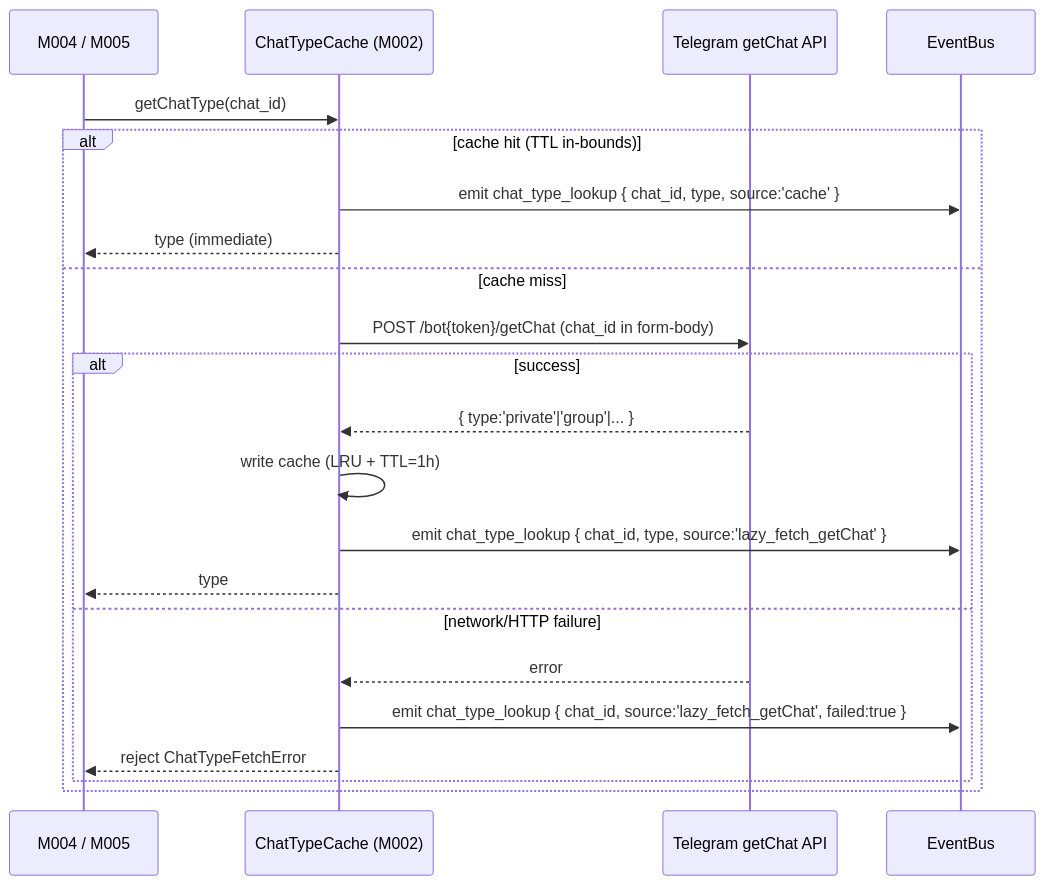
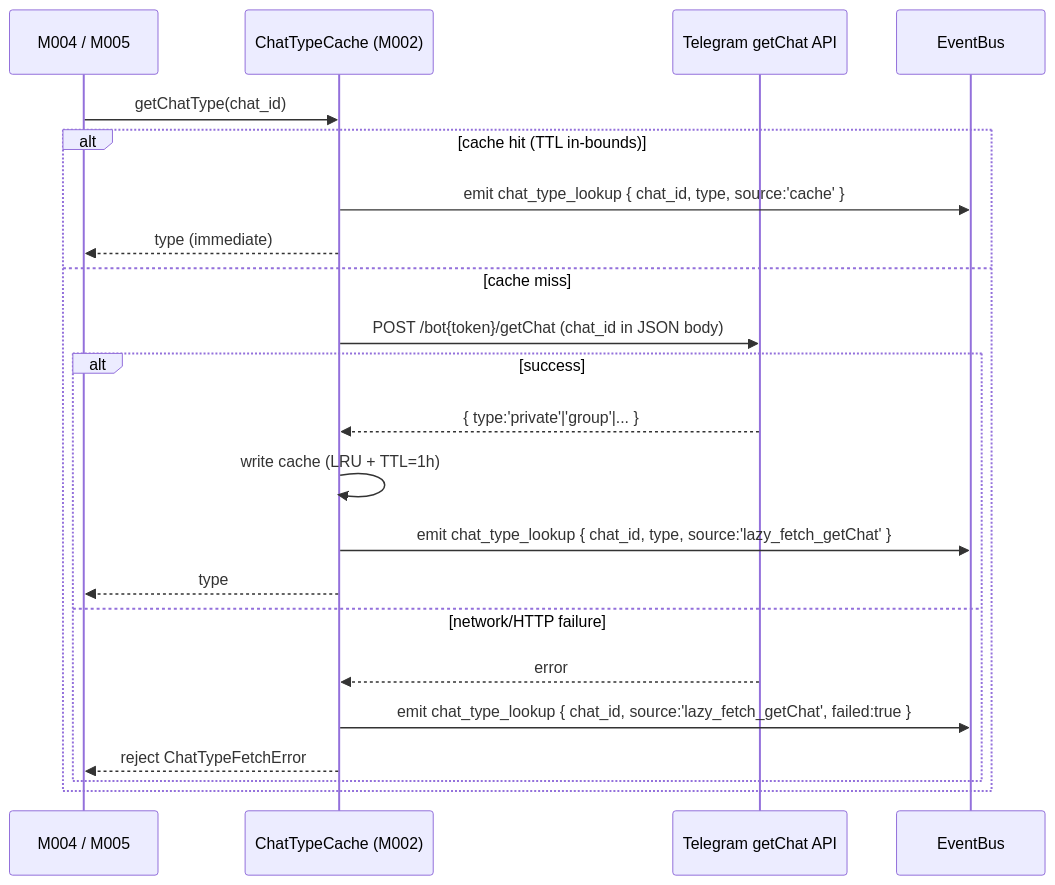
The fourth of 5 diagrams in docs/modules/MODULE-002-telegram-client.md (advancinggg/advance-kit), drawn with Mermaid before and after one commit. The commit also changed other lines of this file and 20 other files, not shown here.

First line of the commit message:
dev(dev-advance-kit-20260517-40bb2ae): implement REQ-035 chat-type cache + REQ-041 daemon-shortid + REQ-047 free-form disconnect reason + REQ-022 AC-34 capacity edges

````diff
--- a/docs/modules/MODULE-002-telegram-client.md
+++ b/docs/modules/MODULE-002-telegram-client.md
@@ -596,25 +644,25 @@
 ```mermaid
 sequenceDiagram
     participant Caller as M004 / M005
     participant TC as ChatTypeCache (M002)
     participant TG as Telegram getChat API
     participant EB as EventBus
 
     Caller->>TC: getChatType(chat_id)
     alt cache hit (TTL in-bounds)
         TC->>EB: emit chat_type_lookup { chat_id, type, source:'cache' }
         TC-->>Caller: type (immediate)
     else cache miss
-        TC->>TG: POST /bot{token}/getChat (chat_id in form-body)
+        TC->>TG: POST /bot{token}/getChat (chat_id in JSON body)
         alt success
             TG-->>TC: { type:'private'|'group'|... }
             TC->>TC: write cache (LRU + TTL=1h)
             TC->>EB: emit chat_type_lookup { chat_id, type, source:'lazy_fetch_getChat' }
             TC-->>Caller: type
         else network/HTTP failure
             TG-->>TC: error
             TC->>EB: emit chat_type_lookup { chat_id, source:'lazy_fetch_getChat', failed:true }
             TC-->>Caller: reject ChatTypeFetchError
         end
     end
 ```
````
